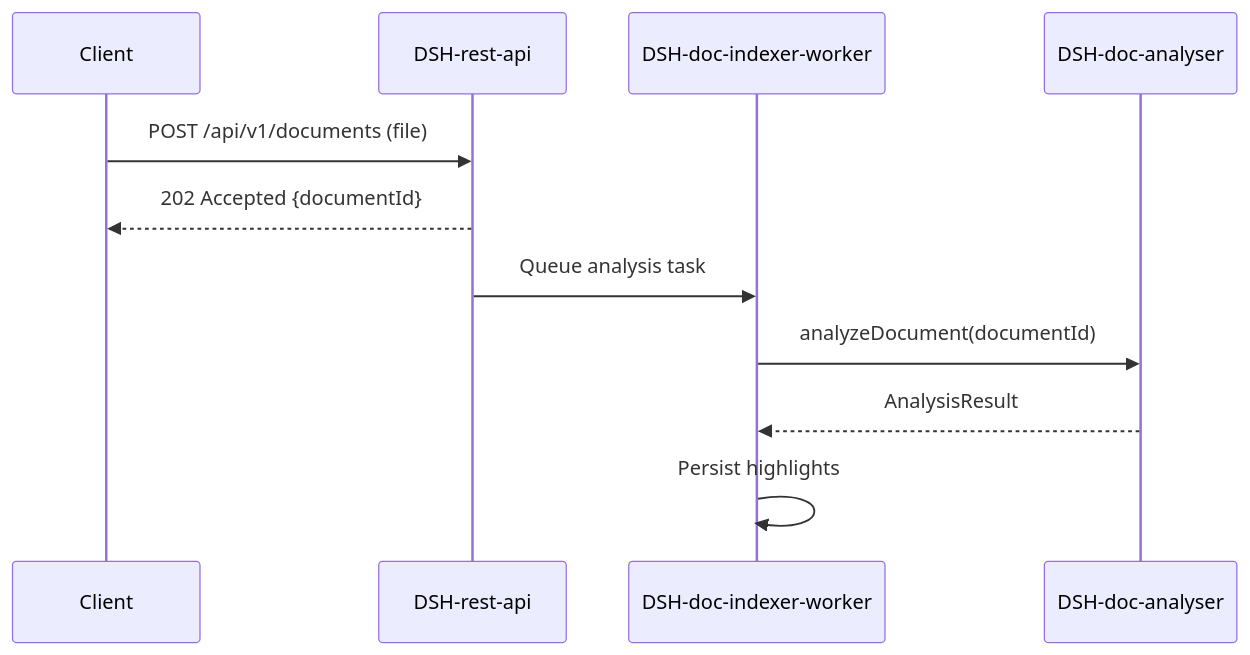
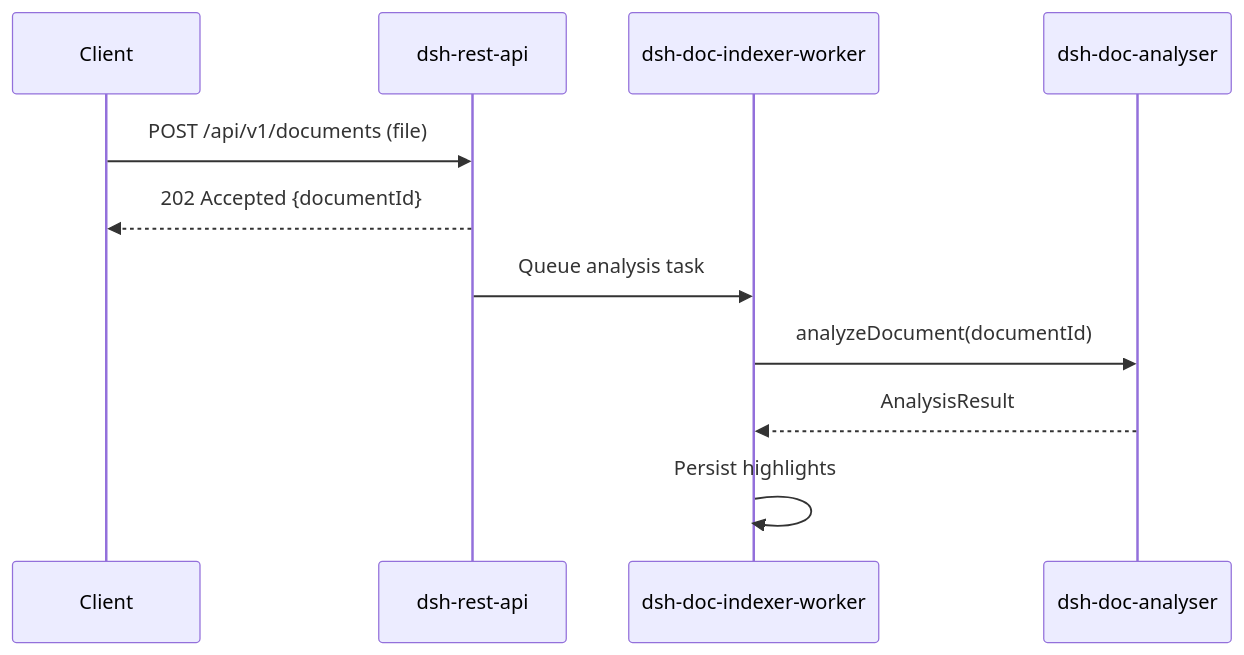
The diagram in specs/architecture/sequence-diagrams/README.md (MRISS-Projects/dsh), drawn with Mermaid before and after one commit. The commit also changed 36 other files, not shown here.

````diff
--- a/specs/architecture/sequence-diagrams/README.md
+++ b/specs/architecture/sequence-diagrams/README.md
@@ -26,14 +26,14 @@
 ```mermaid
 sequenceDiagram
     participant Client
-    participant API as DSH-rest-api
-    participant Worker as DSH-doc-indexer-worker
-    participant Analyser as DSH-doc-analyser
+    participant API as dsh-rest-api
+    participant Worker as dsh-doc-indexer-worker
+    participant Analyser as dsh-doc-analyser
 
     Client->>API: POST /api/v1/documents (file)
     API-->>Client: 202 Accepted {documentId}
     API->>Worker: Queue analysis task
     Worker->>Analyser: analyzeDocument(documentId)
     Analyser-->>Worker: AnalysisResult
     Worker->>Worker: Persist highlights
 ```
````
